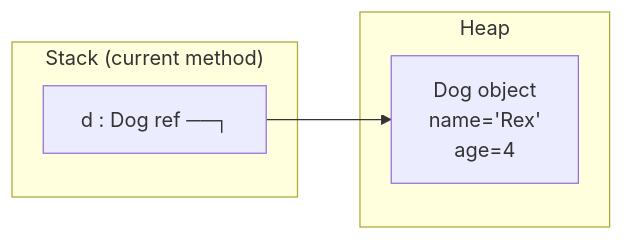
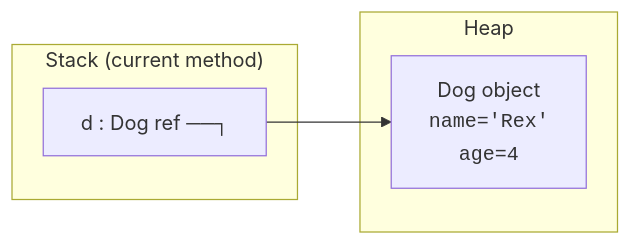
The first of 7 diagrams in content/learn/oop-blueprint-java/objects-in-memory.mdx (dataslope/dataslope), drawn with Mermaid before and after one commit. The commit also changed other lines of this file and 218 other files, not shown here.

First line of the commit message:
Render code-only mermaid shapes in monospace; convert step sequences to Steps (#467)

````diff
--- a/content/learn/oop-blueprint-java/objects-in-memory.mdx
+++ b/content/learn/oop-blueprint-java/objects-in-memory.mdx
@@ -31,10 +31,10 @@
 ```mermaid
 flowchart LR
     subgraph S["Stack (current method)"]
         V1["d : Dog ref ──┐"]
     end
     subgraph H["Heap"]
-        O1["Dog object<br/>name='Rex'<br/>age=4"]
+        O1["Dog object<br/><code>name='Rex'</code><br/><code>age=4</code>"]
     end
     V1 --> O1
 ```
````
